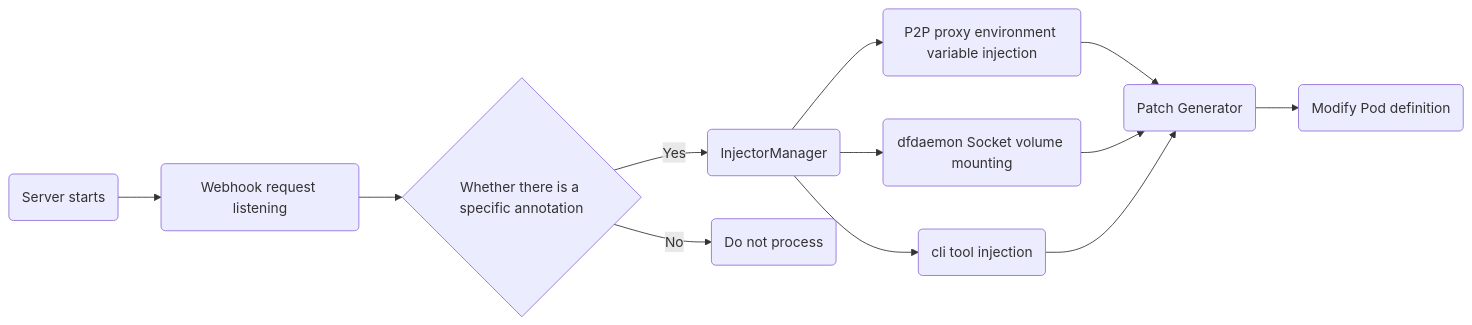
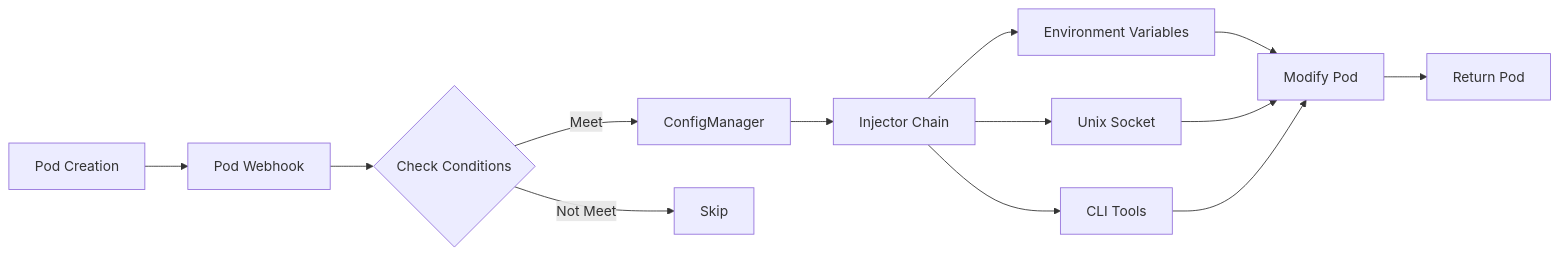
Before and after one commit to dragonflyoss/design: the diagram in systems-analysis/webhook-based-automated-p2p-client-injection/README.md, drawn with Mermaid. The commit also changed other lines of this file, not shown here.

Commit message:
docs(webhook-p2p-injection): update design

````diff
--- a/systems-analysis/webhook-based-automated-p2p-client-injection/README.md
+++ b/systems-analysis/webhook-based-automated-p2p-client-injection/README.md
@@ -31,15 +31,15 @@
 ```mermaid
 graph LR
-    B(Server starts)
-    B --> C(Webhook request listening)
-    C --> D{Whether there is a specific annotation}
-    D -->|Yes| E(InjectorManager)
-    D -->|No| F(Do not process)
-    E --> E1(P2P proxy environment variable injection)
-    E --> E2(dfdaemon Socket volume mounting)
-    E --> E3(cli tool injection)
-    E1 --> H(Patch Generator)
-    E2 --> H
-    E3 --> H
-    H --> K(Modify Pod definition)
+    A[Pod Creation] --> B[Pod Webhook]
+    B --> C{Check Conditions}
+    C -->|Meet| D[ConfigManager]
+    C -->|Not Meet| E[Skip]
+    D --> F[Injector Chain]
+    F --> G[Environment Variables]
+    F --> H[Unix Socket]
+    F --> I[CLI Tools]
+    G --> J[Modify Pod]
+    H --> J
+    I --> J
+    J --> K[Return Pod]
 ```
````
